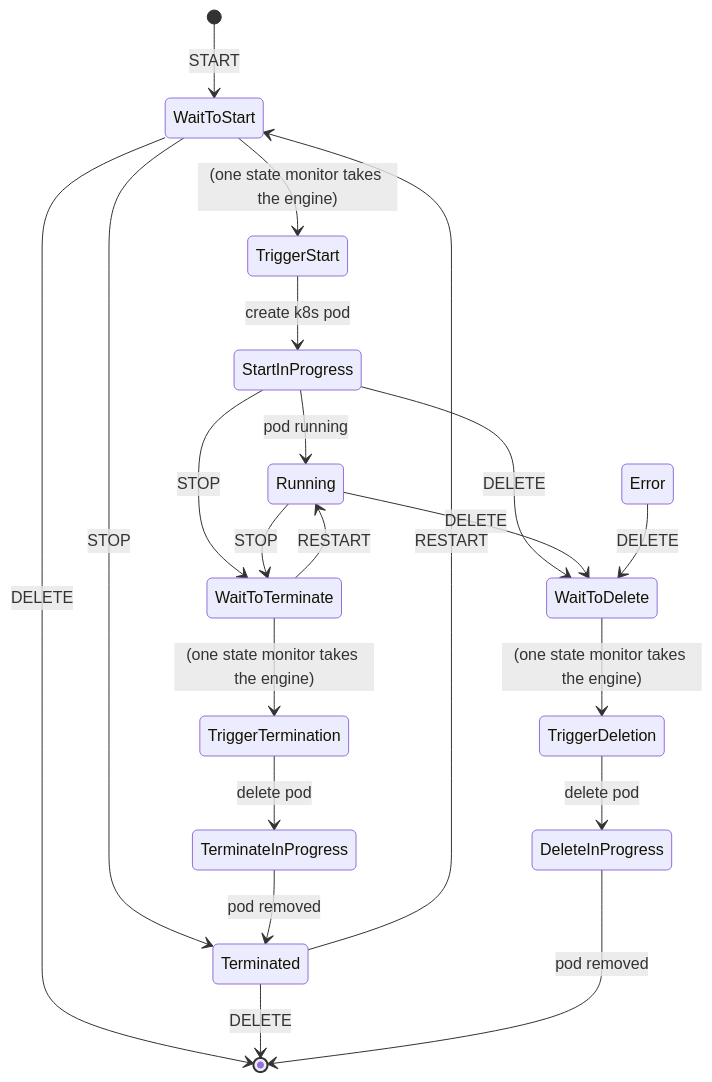
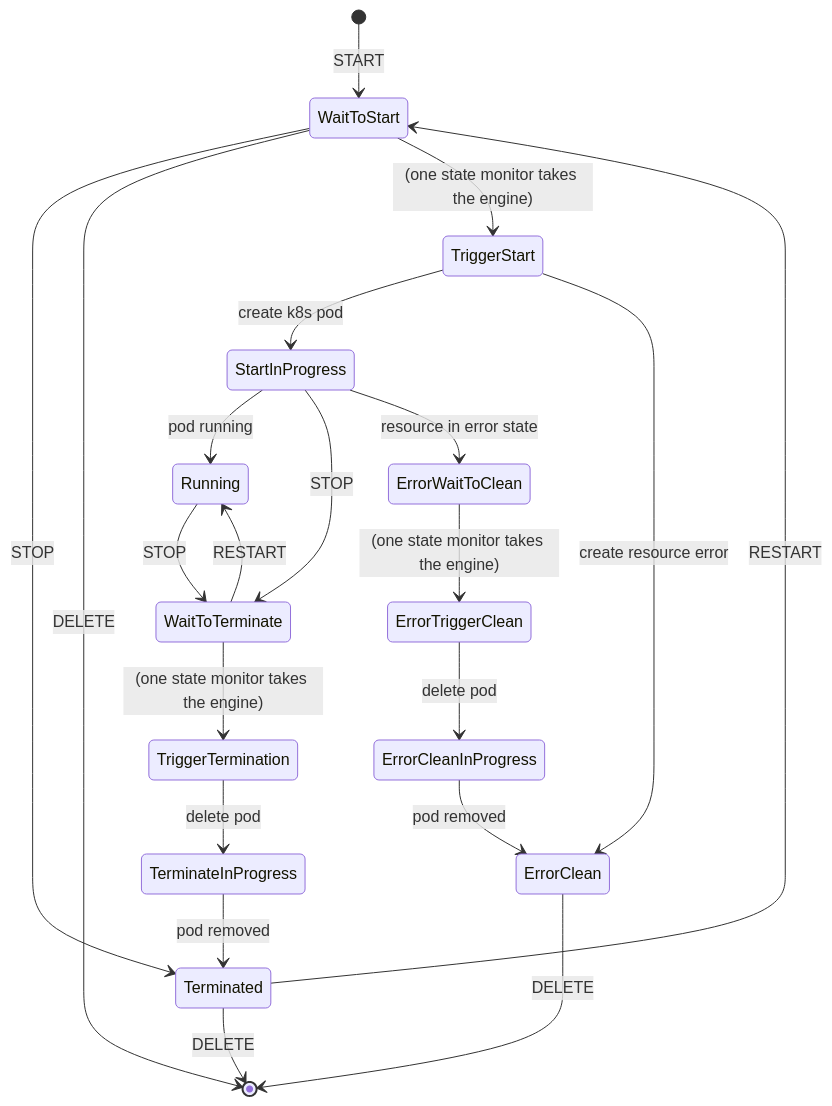
One commit to HaoYang670/rucat changed the second of 2 diagrams in README.md. Above: the diagram before and after it, drawn with Mermaid. The commit also changed other lines of this file and 9 other files, not shown here.

````diff
--- a/README.md
+++ b/README.md
@@ -34,36 +34,32 @@
 ```mermaid
 stateDiagram
 
     [*] --> WaitToStart: START
     WaitToStart --> Terminated: STOP
     WaitToStart --> [*]: DELETE
     WaitToStart --> TriggerStart: (one state monitor takes the engine)
 
     TriggerStart --> StartInProgress: create k8s pod
+    TriggerStart --> ErrorClean: create resource error
 
     StartInProgress --> Running: pod running
     StartInProgress --> WaitToTerminate: STOP
-    StartInProgress --> WaitToDelete: DELETE
+    StartInProgress --> ErrorWaitToClean: resource in error state
 
     Running --> WaitToTerminate: STOP
-    Running --> WaitToDelete: DELETE
 
     WaitToTerminate --> Running: RESTART
     WaitToTerminate --> TriggerTermination: (one state monitor takes the engine)
 
     TriggerTermination --> TerminateInProgress: delete pod
 
     TerminateInProgress --> Terminated: pod removed
 
     Terminated --> WaitToStart: RESTART
     Terminated --> [*]: DELETE
 
-    WaitToDelete --> TriggerDeletion: (one state monitor takes the engine)
-    
-    TriggerDeletion --> DeleteInProgress: delete pod
-
-    DeleteInProgress --> [*]: pod removed
-
-    Error --> WaitToDelete: DELETE
-
+    ErrorWaitToClean --> ErrorTriggerClean: (one state monitor takes the engine)
+    ErrorTriggerClean --> ErrorCleanInProgress: delete pod
+    ErrorCleanInProgress --> ErrorClean: pod removed
+    ErrorClean --> [*]: DELETE
 ```
````
